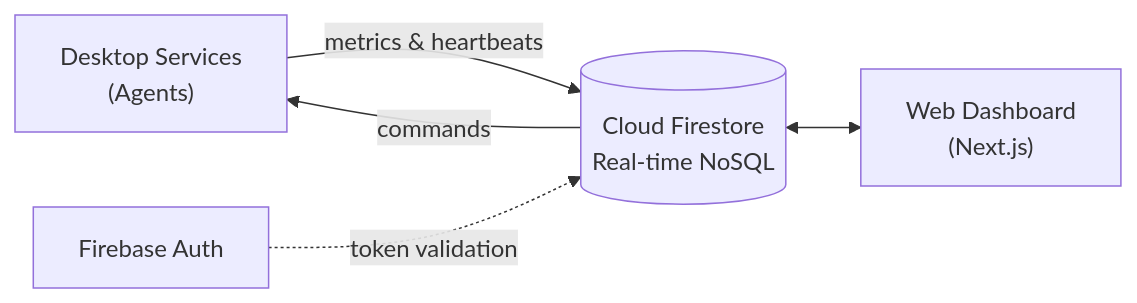
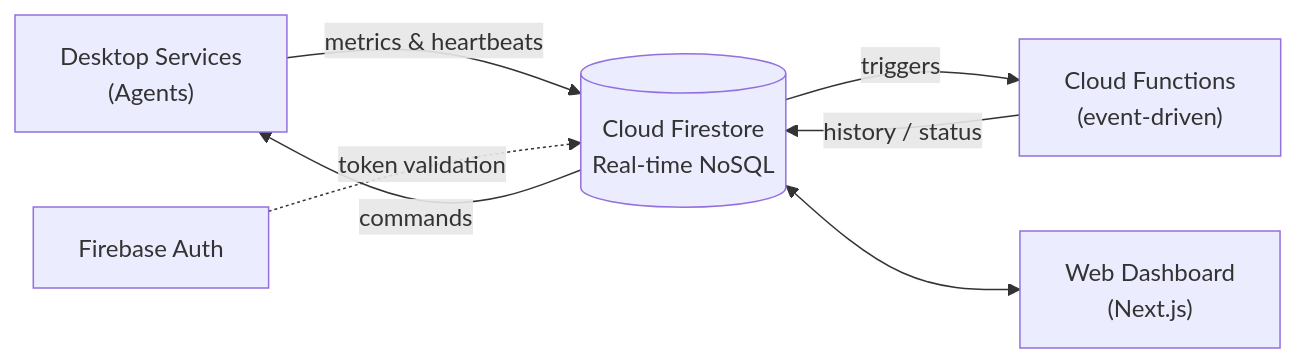
One commit to theexperiential/owlette changed the first of 7 diagrams in docs/architecture.md. Above: the diagram before and after it, drawn with Mermaid. The commit also changed other lines of this file and 2 other files, not shown here.

First line of the commit message:
chore: misc tweaks — default project dir, cloud fns docs, preset rules

````diff
--- a/docs/architecture.md
+++ b/docs/architecture.md
@@ -14,12 +14,15 @@
 ```mermaid
 flowchart LR
     Agents["Desktop Services\n(Agents)"]
     FS[("Cloud Firestore\nReal-time NoSQL")]
+    CF["Cloud Functions\n(event-driven)"]
     Dashboard["Web Dashboard\n(Next.js)"]
     Auth["Firebase Auth"]
 
     Agents -- "metrics & heartbeats" --> FS
     FS -- "commands" --> Agents
+    FS -- "triggers" --> CF
+    CF -- "history / status" --> FS
     FS <--> Dashboard
     Auth -. "token validation" .-> FS
 ```
````
